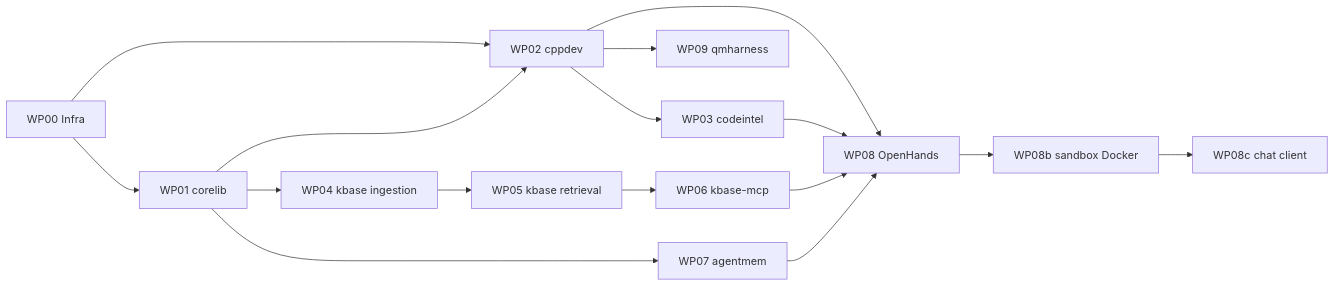
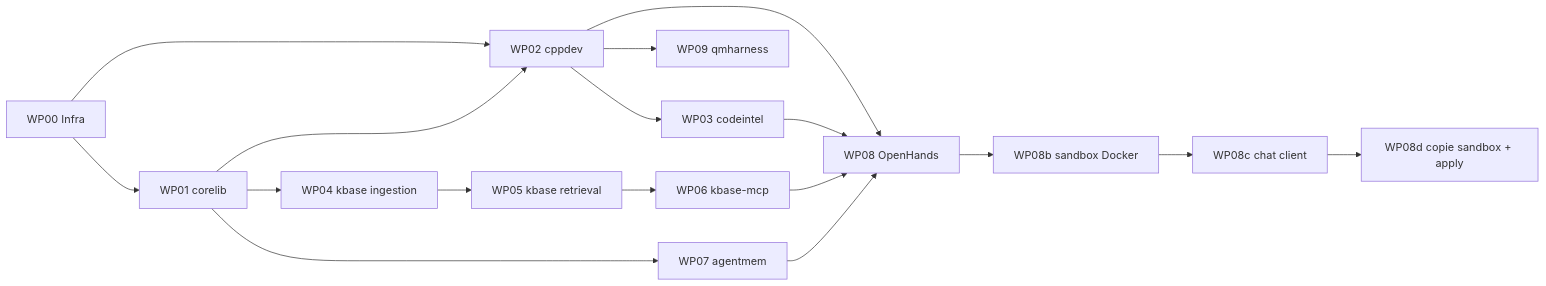
One commit to HadrienT/AgenticEnv changed the diagram in blueprint/README.md. Above: the diagram before and after it, drawn with Mermaid. The commit also changed other lines of this file and 2 other files, not shown here.

Commit message:
WP08d (plan): agent develops on an isolated sandbox copy, apply to the repo on demand
Replaces WP08c's writable bind-mount model. AgentSession mounts the user's
folder read-only, works on a `cp -a` copy in the sandbox (throwaway, uid 10001),
and the bridge (uid 1000) writes changed files back to the real repo only on an
explicit `apply_changes` -- with conflict detection, no uid/setfacl dance.
Elevates the client's already-designed `diffs`/`checkpoints` capabilities from
"low priority" to core and adds a new `apply` capability. Planning doc only.

````diff
--- a/blueprint/README.md
+++ b/blueprint/README.md
@@ -75,18 +76,19 @@
 ```mermaid
 graph LR
     WP00[WP00 Infra] --> WP01[WP01 corelib]
     WP00 --> WP02[WP02 cppdev]
     WP01 --> WP02
     WP02 --> WP03[WP03 codeintel]
     WP02 --> WP09[WP09 qmharness]
     WP01 --> WP04[WP04 kbase ingestion]
     WP01 --> WP07[WP07 agentmem]
     WP04 --> WP05[WP05 kbase retrieval]
     WP05 --> WP06[WP06 kbase-mcp]
     WP02 --> WP08[WP08 OpenHands]
     WP03 --> WP08
     WP06 --> WP08
     WP07 --> WP08
     WP08 --> WP08b[WP08b sandbox Docker]
     WP08b --> WP08c[WP08c chat client]
+    WP08c --> WP08d[WP08d copie sandbox + apply]
 ```
````
